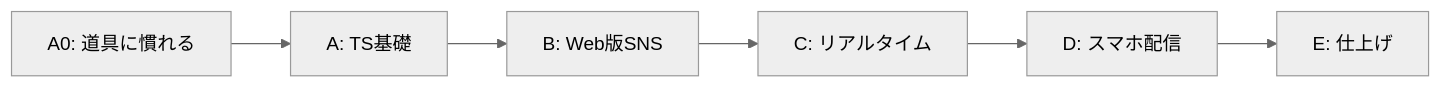
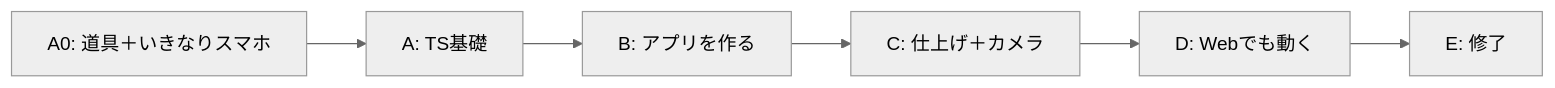
The diagram in material/15_カリキュラム骨子案.md (kouiso/sns-app), drawn with Mermaid (neutral theme) before and after one commit. The commit also changed other lines of this file and 17 other files, not shown here.

````diff
--- a/material/15_カリキュラム骨子案.md
+++ b/material/15_カリキュラム骨子案.md
@@ -78,7 +100,7 @@
 ```mermaid
 flowchart LR
-  A0["A0: 道具に慣れる"] --> A["A: TS基礎"] --> B["B: Web版SNS"]
-  B --> C["C: リアルタイム"]
-  C --> D["D: スマホ配信"]
-  D --> E["E: 仕上げ"]
+  A0["A0: 道具＋いきなりスマホ"] --> A["A: TS基礎"] --> B["B: アプリを作る"]
+  B --> C["C: 仕上げ＋カメラ"]
+  C --> D["D: Webでも動く"]
+  D --> E["E: 修了"]
 ```
````
